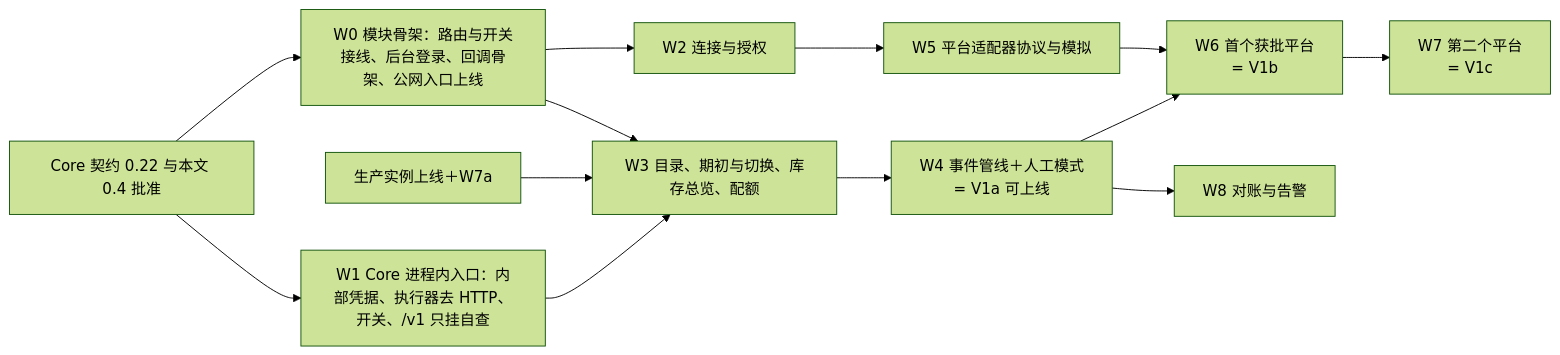
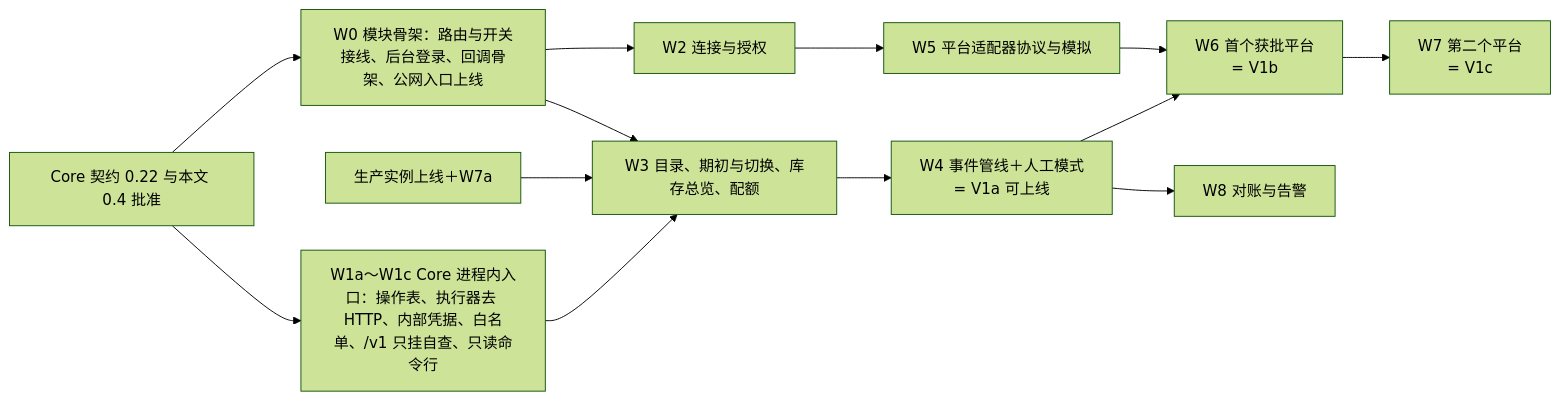
One commit to kelvinpang90/acuven_stock_core changed the second of 2 diagrams in docs/inventory/V1_MINIMAL_DESIGN.md. Above: the diagram before and after it, drawn with Mermaid (forest theme). The commit also changed other lines of this file and 6 other files, not shown here.

````diff
--- a/docs/inventory/V1_MINIMAL_DESIGN.md
+++ b/docs/inventory/V1_MINIMAL_DESIGN.md
@@ -449,15 +457,15 @@
 ```mermaid
 flowchart LR
   C0[Core 契约 0.22 与本文 0.4 批准] --> W1
   C0 --> W0
-  W1[W1 Core 进程内入口：内部凭据、执行器去 HTTP、开关、/v1 只挂自查] --> W3
+  W1[W1a～W1c Core 进程内入口：操作表、执行器去 HTTP、内部凭据、白名单、/v1 只挂自查、只读命令行] --> W3
   W0[W0 模块骨架：路由与开关接线、后台登录、回调骨架、公网入口上线] --> W2[W2 连接与授权]
   C1[生产实例上线＋W7a] --> W3
   W0 --> W3[W3 目录、期初与切换、库存总览、配额]
   W3 --> W4[W4 事件管线＋人工模式<br/>= V1a 可上线]
   W2 --> W5[W5 平台适配器协议与模拟]
   W4 --> W6[W6 首个获批平台<br/>= V1b]
   W5 --> W6
   W6 --> W7[W7 第二个平台<br/>= V1c]
   W4 --> W8[W8 对账与告警]
 ```
````
